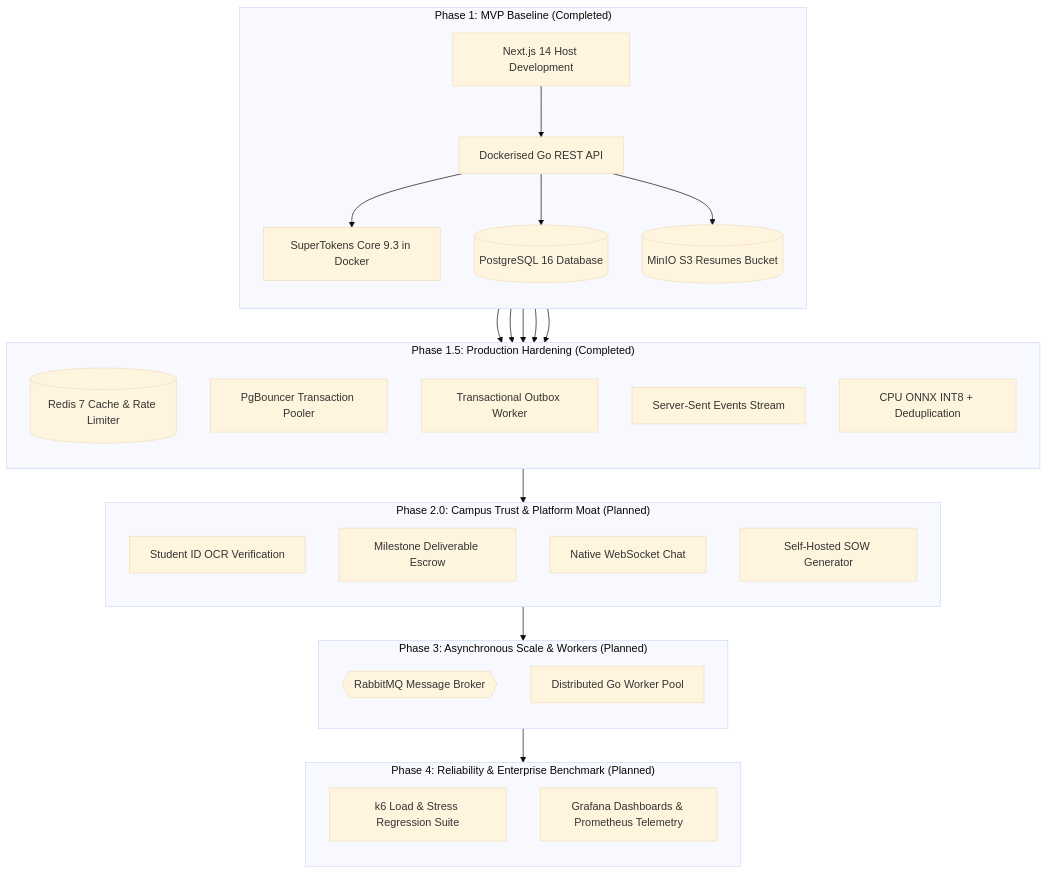
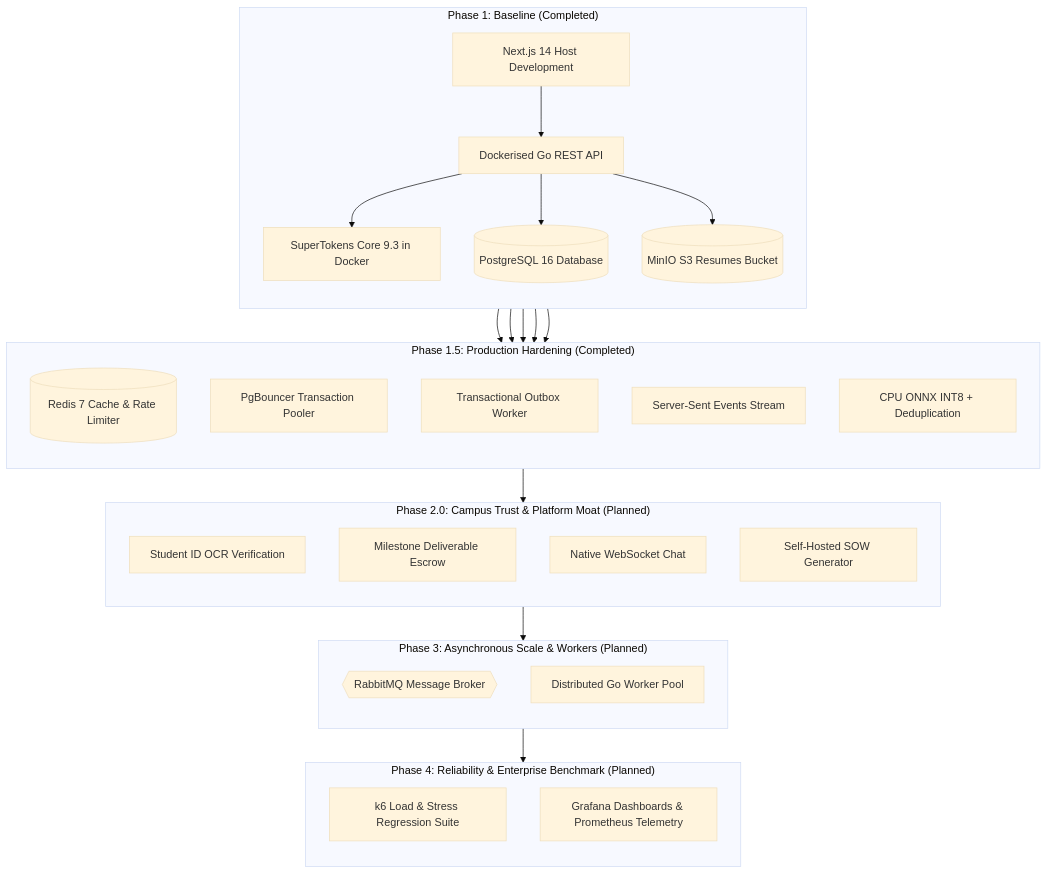
Before and after one commit to BIJJUDAMA/Lynk: the third of 3 diagrams in docs/architecture/system-architecture.md, drawn with Mermaid (base theme). The commit also changed other lines of this file and 7 other files, not shown here.

````diff
--- a/docs/architecture/system-architecture.md
+++ b/docs/architecture/system-architecture.md
@@ -281,53 +281,53 @@
 ```mermaid
 flowchart TD
-    subgraph Phase1["Phase 1: MVP Baseline (Completed)"]
+    subgraph Phase1["Phase 1: Baseline (Completed)"]
         direction TB
         P1_FE[Next.js 14 Host Development]
         P1_API[Dockerised Go REST API]
         P1_ST[SuperTokens Core 9.3 in Docker]
         P1_PG[(PostgreSQL 16 Database)]
         P1_S3[(MinIO S3 Resumes Bucket)]
         P1_FE --> P1_API
         P1_API --> P1_ST
         P1_API --> P1_PG
         P1_API --> P1_S3
     end
 
     subgraph Phase1_5["Phase 1.5: Production Hardening (Completed)"]
         direction TB
         P15_REDIS[(Redis 7 Cache & Rate Limiter)]
         P15_PGB[PgBouncer Transaction Pooler]
         P15_OUTBOX[Transactional Outbox Worker]
         P15_SSE[Server-Sent Events Stream]
         P15_ONNX[CPU ONNX INT8 + Deduplication]
         P1_API --> P15_REDIS
         P1_API --> P15_PGB
         P1_API --> P15_OUTBOX
         P1_API --> P15_SSE
     end
 
     subgraph Phase2["Phase 2.0: Campus Trust & Platform Moat (Planned)"]
         direction TB
         P2_OCR[Student ID OCR Verification]
         P2_ESCROW[Milestone Deliverable Escrow]
         P2_WS[Native WebSocket Chat]
         P2_LLM[Self-Hosted SOW Generator]
     end
 
     subgraph Phase3["Phase 3: Asynchronous Scale & Workers (Planned)"]
         direction TB
         P3_RMQ{{RabbitMQ Message Broker}}
         P3_WORKER[Distributed Go Worker Pool]
     end
 
     subgraph Phase4["Phase 4: Reliability & Enterprise Benchmark (Planned)"]
         direction TB
         P4_K6[k6 Load & Stress Regression Suite]
         P4_OBS[Grafana Dashboards & Prometheus Telemetry]
     end
 
     Phase1 --> Phase1_5
     Phase1_5 --> Phase2
     Phase2 --> Phase3
     Phase3 --> Phase4
 ```
````
